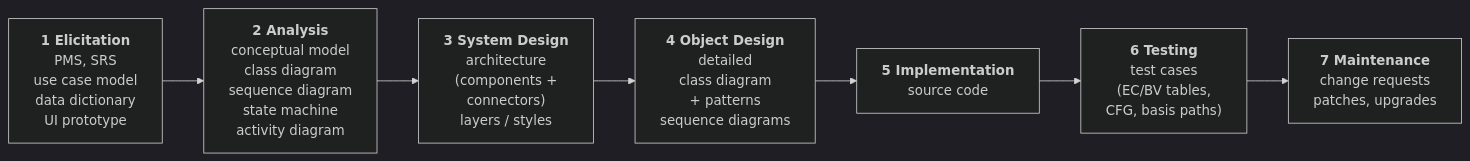
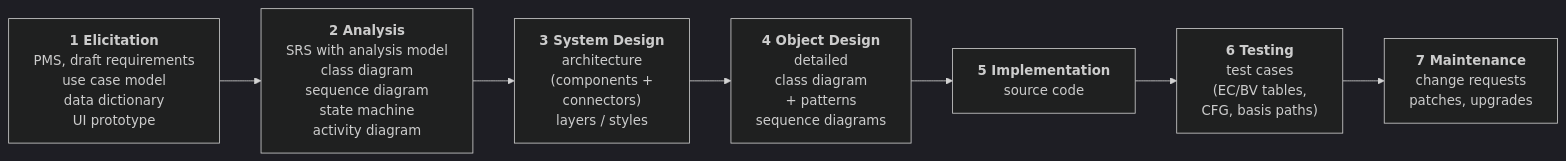
One commit to lekekbot/ntu-cs changed the first of 41 diagrams in sc2006/SC2006_Study_Guide.md. Above: the diagram before and after it, drawn with Mermaid (dark theme). The commit also changed other lines of this file, not shown here.

````diff
--- a/sc2006/SC2006_Study_Guide.md
+++ b/sc2006/SC2006_Study_Guide.md
@@ -82,9 +81,9 @@
 ```mermaid
 flowchart LR
-    E["<b>1 Elicitation</b><br/>PMS, SRS<br/>use case model<br/>data dictionary<br/>UI prototype"] --> A["<b>2 Analysis</b><br/>conceptual model<br/>class diagram<br/>sequence diagram<br/>state machine<br/>activity diagram"]
+    E["<b>1 Elicitation</b><br/>PMS, draft requirements<br/>use case model<br/>data dictionary<br/>UI prototype"] --> A["<b>2 Analysis</b><br/>SRS with analysis model<br/>class diagram<br/>sequence diagram<br/>state machine<br/>activity diagram"]
     A --> SD["<b>3 System Design</b><br/>architecture<br/>(components +<br/>connectors)<br/>layers / styles"]
     SD --> OD["<b>4 Object Design</b><br/>detailed<br/>class diagram<br/>+ patterns<br/>sequence diagrams"]
     OD --> IM["<b>5 Implementation</b><br/>source code"]
     IM --> T["<b>6 Testing</b><br/>test cases<br/>(EC/BV tables,<br/>CFG, basis paths)"]
     T --> M["<b>7 Maintenance</b><br/>change requests<br/>patches, upgrades"]
 ```
````
